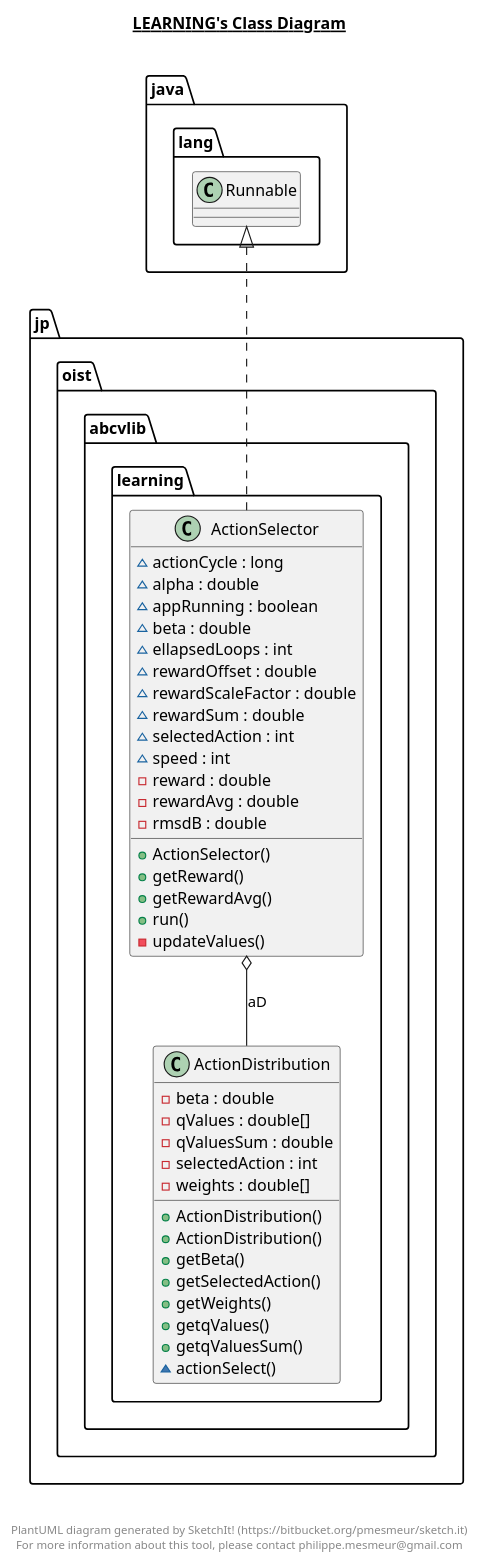
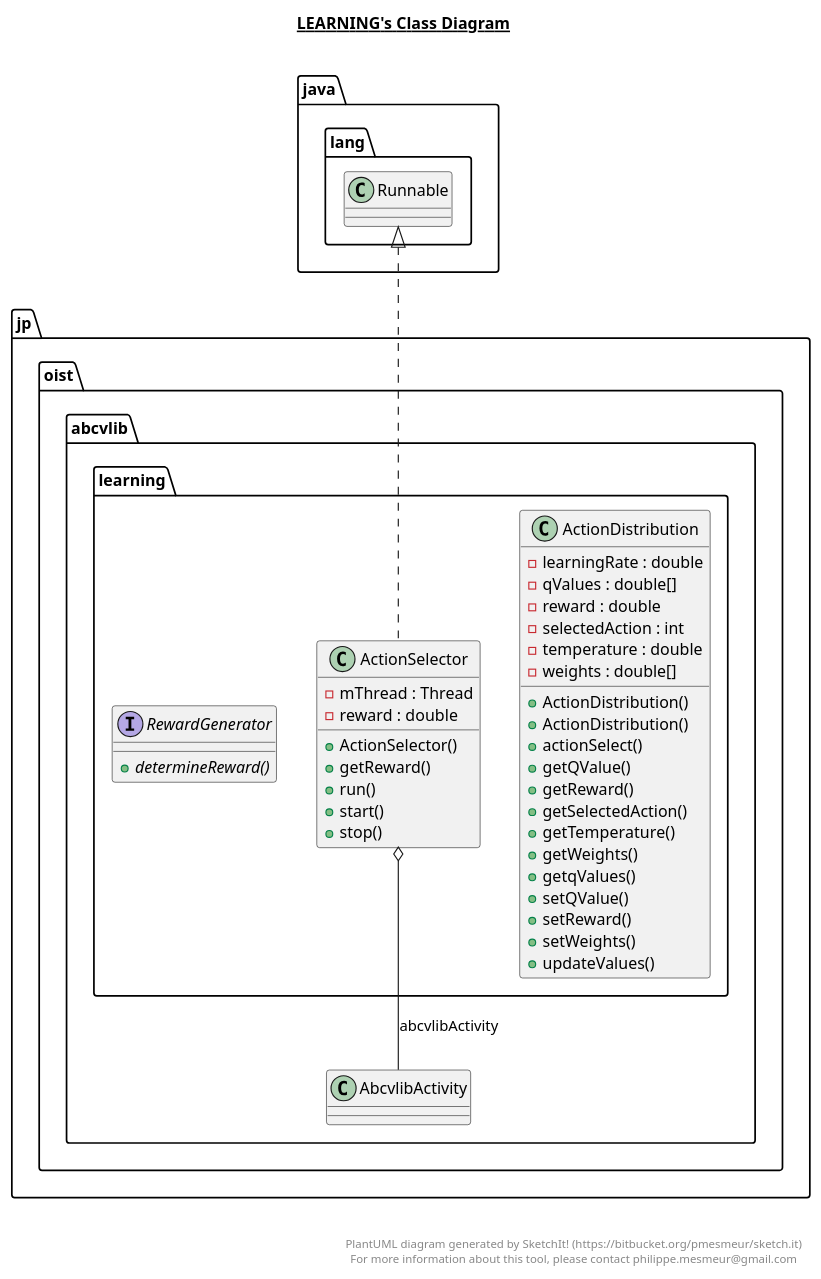
One commit to oist/smartphone-robot-android changed the diagram in abcvlib/src/main/java/jp/oist/abcvlib/learning/learning.plantuml. Above: the diagram before and after it, drawn with PlantUML. The commit also changed 87 other files, not shown here.

```diff
--- a/abcvlib/src/main/java/jp/oist/abcvlib/learning/learning.plantuml
+++ b/abcvlib/src/main/java/jp/oist/abcvlib/learning/learning.plantuml
@@ -1,63 +1,67 @@
 @startuml
 
 title __LEARNING's Class Diagram__\n
 
   namespace jp.oist.abcvlib {
     namespace learning {
       class jp.oist.abcvlib.learning.ActionDistribution {
-          - beta : double
+          - learningRate : double
           - qValues : double[]
-          - qValuesSum : double
+          - reward : double
           - selectedAction : int
+          - temperature : double
           - weights : double[]
           + ActionDistribution()
           + ActionDistribution()
-          + getBeta()
+          + actionSelect()
+          + getQValue()
+          + getReward()
           + getSelectedAction()
+          + getTemperature()
           + getWeights()
           + getqValues()
-          + getqValuesSum()
-          ~ actionSelect()
+          + setQValue()
+          + setReward()
+          + setWeights()
+          + updateValues()
       }
     }
   }
   
 
   namespace jp.oist.abcvlib {
     namespace learning {
       class jp.oist.abcvlib.learning.ActionSelector {
-          ~ actionCycle : long
-          ~ alpha : double
-          ~ appRunning : boolean
-          ~ beta : double
-          ~ ellapsedLoops : int
-          ~ rewardOffset : double
-          ~ rewardScaleFactor : double
-          ~ rewardSum : double
-          ~ selectedAction : int
-          ~ speed : int
+          - mThread : Thread
           - reward : double
-          - rewardAvg : double
-          - rmsdB : double
           + ActionSelector()
           + getReward()
-          + getRewardAvg()
           + run()
-          - updateValues()
+          + start()
+          + stop()
+      }
+    }
+  }
+  
+
+  namespace jp.oist.abcvlib {
+    namespace learning {
+      interface jp.oist.abcvlib.learning.RewardGenerator {
+          {abstract} + determineReward()
       }
     }
   }
   
 
   jp.oist.abcvlib.learning.ActionSelector .up.|> java.lang.Runnable
-  jp.oist.abcvlib.learning.ActionSelector o-- jp.oist.abcvlib.learning.ActionDistribution : aD
+  jp.oist.abcvlib.learning.ActionSelector o-- jp.oist.abcvlib.AbcvlibActivity : abcvlibActivity
 
 
 right footer
 
 
 PlantUML diagram generated by SketchIt! (https://bitbucket.org/pmesmeur/sketch.it)
 For more information about this tool, please contact philippe.mesmeur@gmail.com
 endfooter
 
 @enduml
```
